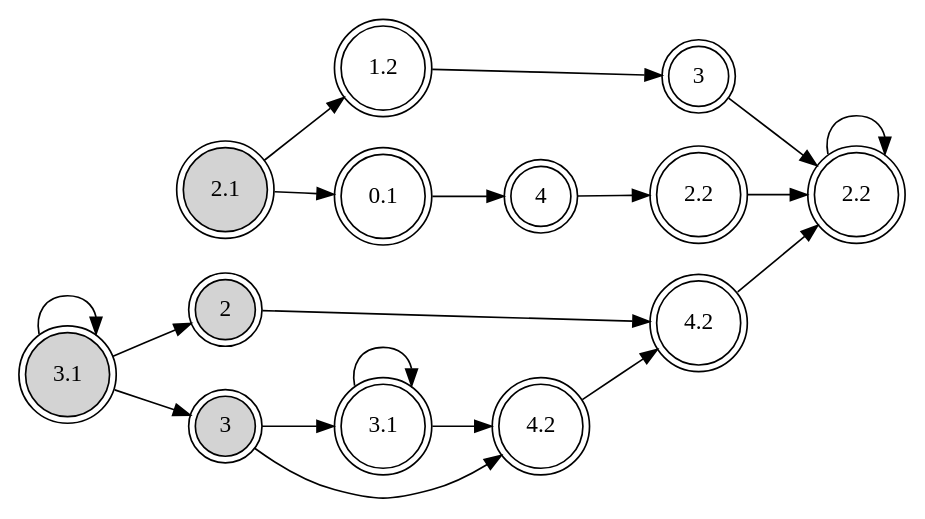
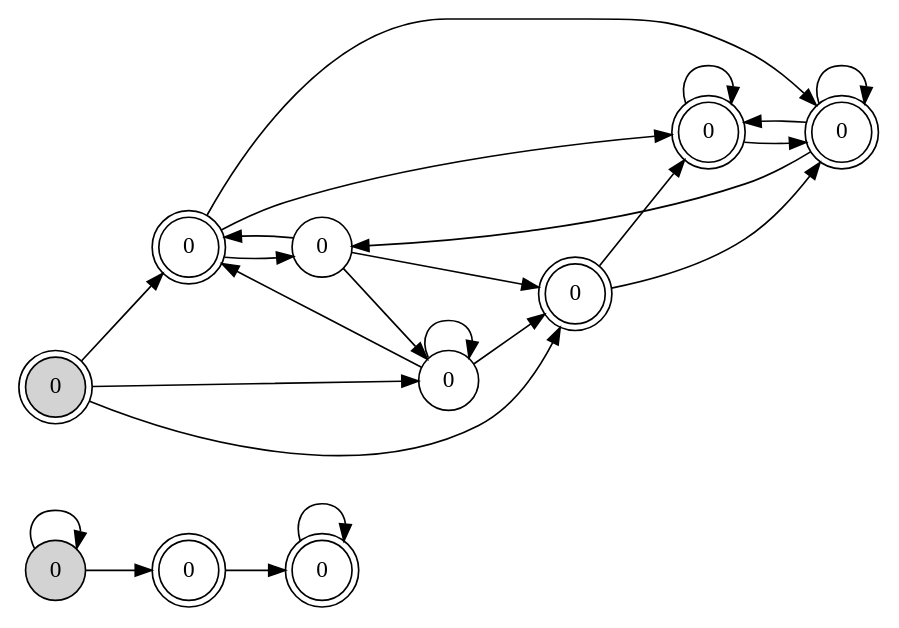
One commit to Tj-Cong/EnPAC_2021_RD changed the diagram in cmake-build-debug/SBA.dot. Above: the diagram before and after it, drawn with Graphviz. The commit also changed 44 other files, not shown here.

```diff
--- a/cmake-build-debug/SBA.dot
+++ b/cmake-build-debug/SBA.dot
@@ -1,35 +1,37 @@
 digraph SBA{
 	rankdir=LR
-	0 [shape=doublecircle,style=filled,label="2"]
-	1 [shape=doublecircle,style=filled,label="3"]
-	2 [shape=doublecircle,style=filled,label="3.1"]
-	3 [shape=doublecircle,style=filled,label="2.1"]
-	4 [shape=doublecircle,label="1.2"]
-	5 [shape=doublecircle,label="0.1"]
-	9 [shape=doublecircle,label="3.1"]
-	10 [shape=doublecircle,label="4.2"]
-	11 [shape=doublecircle,label="4.2"]
-	12 [shape=doublecircle,label="4"]
-	13 [shape=doublecircle,label="3"]
-	14 [shape=doublecircle,label="2.2"]
-	15 [shape=doublecircle,label="2.2"]
+	0 [shape=circle,style=filled,label="0"]
+	1 [shape=doublecircle,style=filled,label="0"]
+	2 [shape=doublecircle,label="0"]
+	3 [shape=doublecircle,label="0"]
+	4 [shape=circle,label="0"]
+	6 [shape=doublecircle,label="0"]
+	8 [shape=circle,label="0"]
+	11 [shape=doublecircle,label="0"]
+	13 [shape=doublecircle,label="0"]
+	15 [shape=doublecircle,label="0"]
 
-	0->11
-	1->9
-	1->10
-	2->0
-	2->1
-	2->2
-	3->4
-	3->5
-	4->13
-	5->12
-	9->9
-	9->10
-	10->11
-	11->14
-	12->15
-	13->14
-	14->14
-	15->14
+	0->0
+	0->6
+	1->2
+	1->3
+	1->4
+	2->8
+	2->11
+	2->13
+	3->11
+	3->13
+	4->2
+	4->3
+	4->4
+	6->15
+	8->2
+	8->3
+	8->4
+	11->11
+	11->13
+	13->8
+	13->11
+	13->13
+	15->15
 }
```
